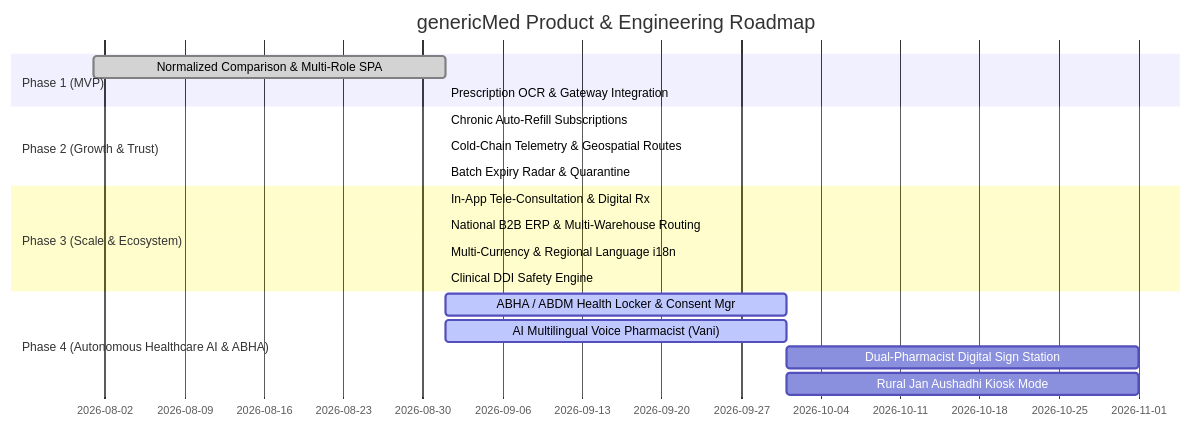
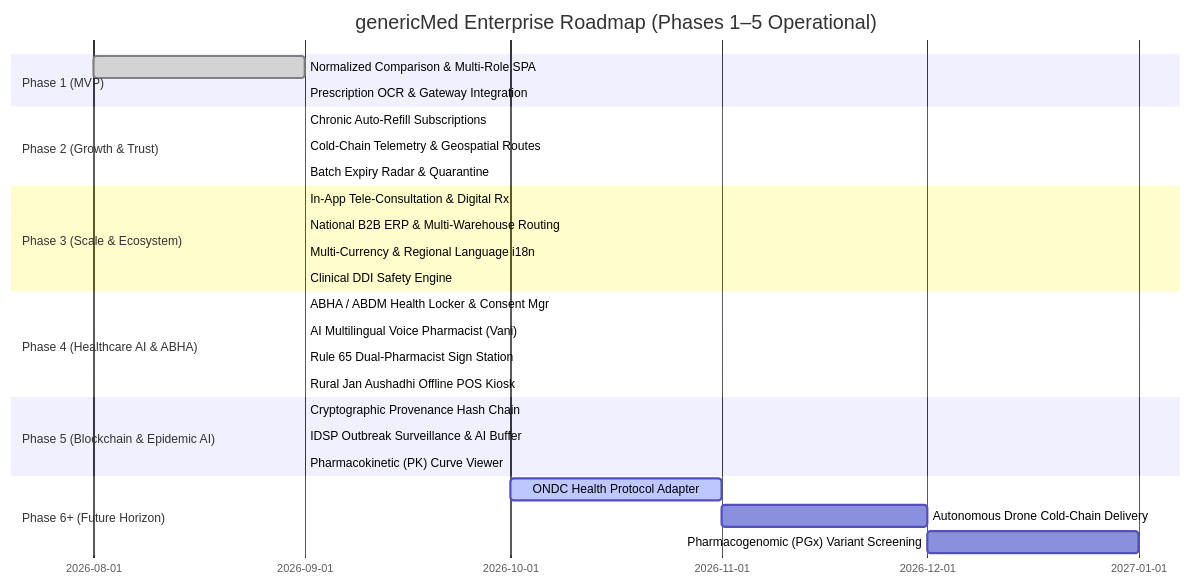
The diagram in memory.md (asmita301205/genericMed), drawn with Mermaid before and after one commit. The commit also changed other lines of this file and 16 other files, not shown here.

Commit message:
feat(phase-4-5): implement autonomous healthcare ai, abha locker, blockchain provenance, epidemic intelligence, and phases.md

````diff
--- a/memory.md
+++ b/memory.md
@@ -299,22 +312,30 @@
 ```mermaid
 gantt
-    title genericMed Product & Engineering Roadmap
+    title genericMed Enterprise Roadmap (Phases 1–5 Operational)
     dateFormat  YYYY-MM
     section Phase 1 (MVP)
     Normalized Comparison & Multi-Role SPA    :done, p1, 2026-08, 2026-09
     Prescription OCR & Gateway Integration   :done, p2, 2026-09, 2026-09
     section Phase 2 (Growth & Trust)
     Chronic Auto-Refill Subscriptions        :done, p3, 2026-09, 2026-09
     Cold-Chain Telemetry & Geospatial Routes :done, p4, 2026-09, 2026-09
     Batch Expiry Radar & Quarantine          :done, p5, 2026-09, 2026-09
     section Phase 3 (Scale & Ecosystem)
     In-App Tele-Consultation & Digital Rx    :done, p6, 2026-09, 2026-09
     National B2B ERP & Multi-Warehouse Routing:done, p7, 2026-09, 2026-09
     Multi-Currency & Regional Language i18n  :done, p8, 2026-09, 2026-09
     Clinical DDI Safety Engine               :done, p9, 2026-09, 2026-09
-    section Phase 4 (Autonomous Healthcare AI & ABHA)
-    ABHA / ABDM Health Locker & Consent Mgr  :active, p10, 2026-09, 2026-10
-    AI Multilingual Voice Pharmacist (Vani)  :active, p11, 2026-09, 2026-10
-    Dual-Pharmacist Digital Sign Station     :p12, 2026-10, 2026-11
-    Rural Jan Aushadhi Kiosk Mode            :p13, 2026-10, 2026-11
+    section Phase 4 (Healthcare AI & ABHA)
+    ABHA / ABDM Health Locker & Consent Mgr  :done, p10, 2026-09, 2026-09
+    AI Multilingual Voice Pharmacist (Vani)  :done, p11, 2026-09, 2026-09
+    Rule 65 Dual-Pharmacist Sign Station     :done, p12, 2026-09, 2026-09
+    Rural Jan Aushadhi Offline POS Kiosk     :done, p13, 2026-09, 2026-09
+    section Phase 5 (Blockchain & Epidemic AI)
+    Cryptographic Provenance Hash Chain      :done, p14, 2026-09, 2026-09
+    IDSP Outbreak Surveillance & AI Buffer   :done, p15, 2026-09, 2026-09
+    Pharmacokinetic (PK) Curve Viewer        :done, p16, 2026-09, 2026-09
+    section Phase 6+ (Future Horizon)
+    ONDC Health Protocol Adapter             :active, p17, 2026-10, 2026-11
+    Autonomous Drone Cold-Chain Delivery     :p18, 2026-11, 2026-12
+    Pharmacogenomic (PGx) Variant Screening  :p19, 2026-12, 2027-01
 ```
````
